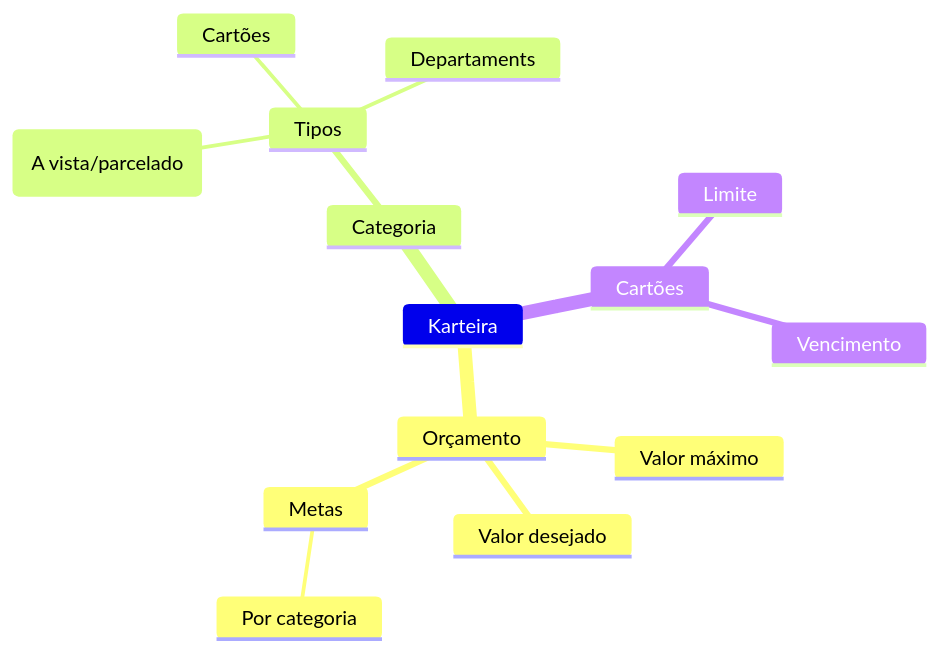
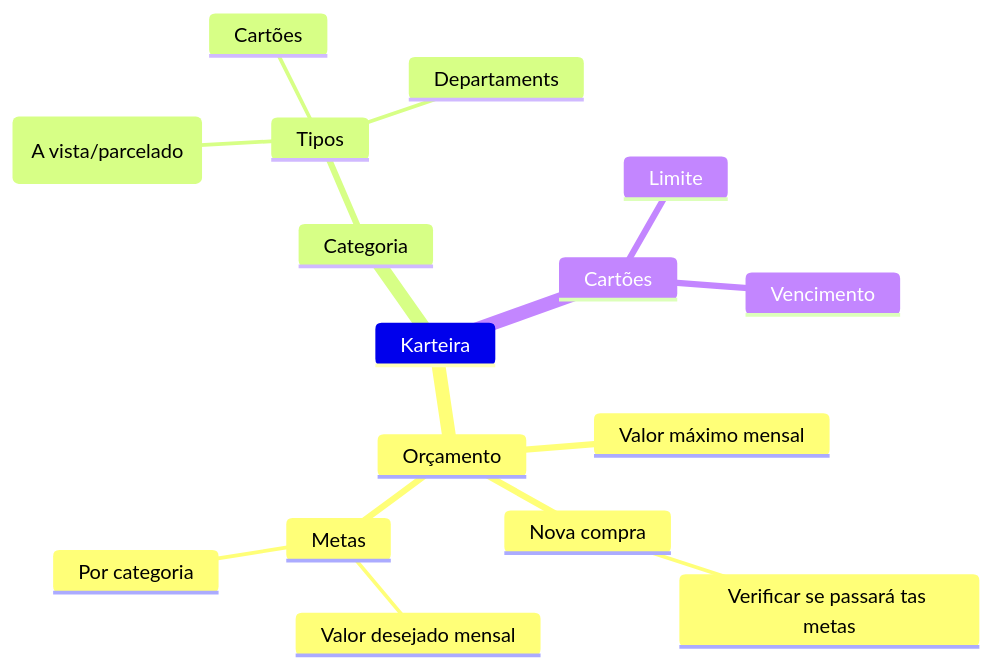
The first of 3 diagrams in README.md (oxechicao/front-jangada), drawn with Mermaid before and after one commit.

````diff
--- a/README.md
+++ b/README.md
@@ -13,19 +13,21 @@
 ```mermaid
 mindmap
   Karteira
     Orçamento
-      Valor máximo
-      Valor desejado
+      Valor máximo mensal
+      Nova compra
+        Verificar se passará tas metas
       Metas
+        Valor desejado mensal
         Por categoria
     Categoria
       Tipos
         Forma de pagamento (A vista/parcelado)
         Cartões
         Departaments
     Cartões
       Limite
       Vencimento
 
 
 ```
````
